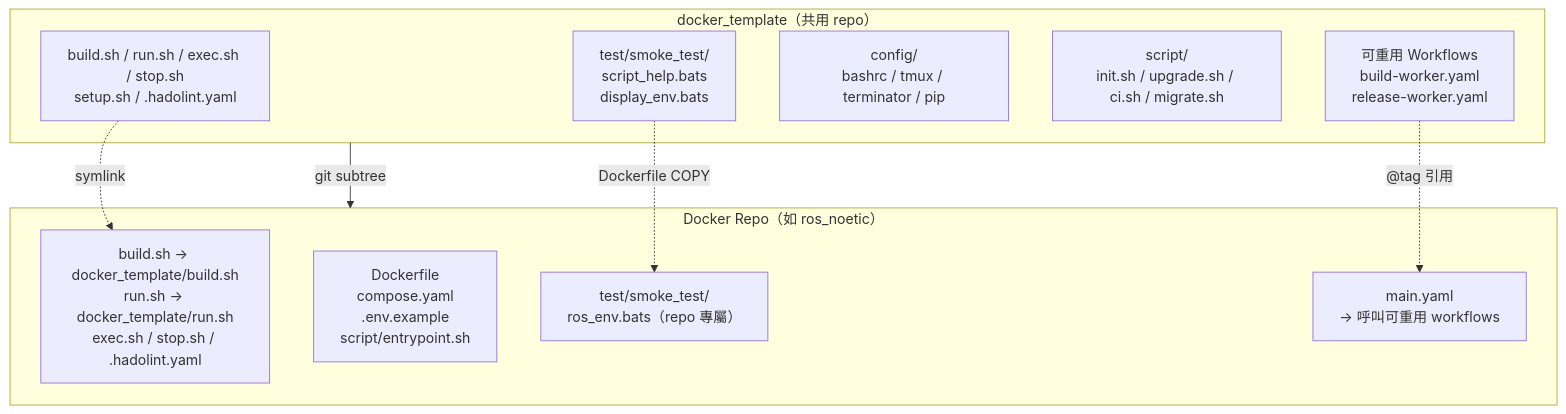
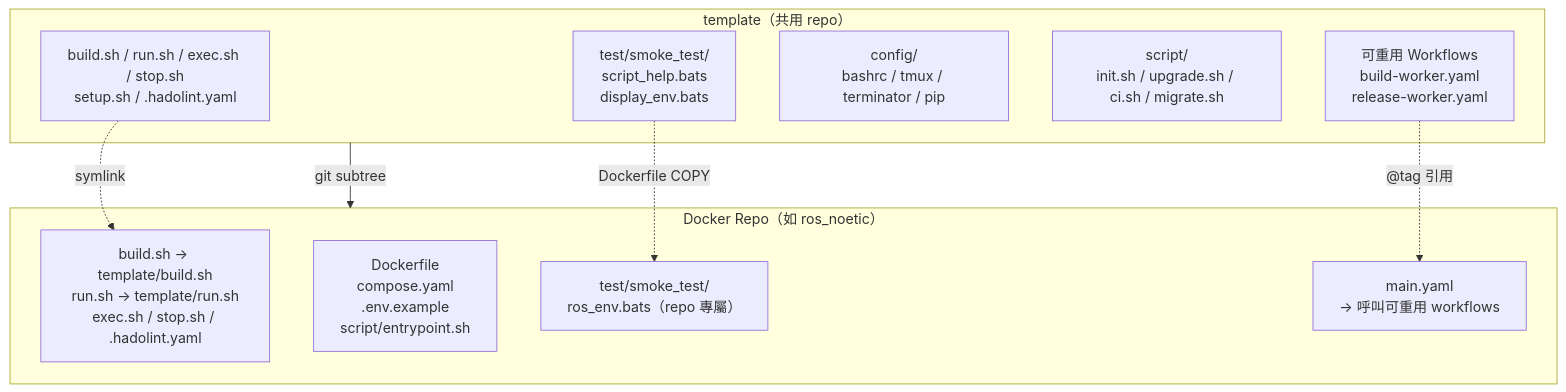
Before and after one commit to ycpss91255-docker/base: the first of 2 diagrams in doc/readme/README.zh-TW.md, drawn with Mermaid. The commit also changed other lines of this file and 24 other files, not shown here.

First line of the commit message:
feat!: rename docker_template → template

````diff
--- a/doc/readme/README.zh-TW.md
+++ b/doc/readme/README.zh-TW.md
@@ -39,22 +39,22 @@
 ```mermaid
 graph TB
-    subgraph docker_template["docker_template（共用 repo）"]
+    subgraph template["template（共用 repo）"]
         scripts["build.sh / run.sh / exec.sh / stop.sh<br/>setup.sh / .hadolint.yaml"]
         smoke["test/smoke_test/<br/>script_help.bats<br/>display_env.bats"]
         config["config/<br/>bashrc / tmux / terminator / pip"]
         mgmt["script/<br/>init.sh / upgrade.sh / ci.sh / migrate.sh"]
         workflows["可重用 Workflows<br/>build-worker.yaml<br/>release-worker.yaml"]
     end
 
     subgraph consumer["Docker Repo（如 ros_noetic）"]
-        symlinks["build.sh → docker_template/build.sh<br/>run.sh → docker_template/run.sh<br/>exec.sh / stop.sh / .hadolint.yaml"]
+        symlinks["build.sh → template/build.sh<br/>run.sh → template/run.sh<br/>exec.sh / stop.sh / .hadolint.yaml"]
         dockerfile["Dockerfile<br/>compose.yaml<br/>.env.example<br/>script/entrypoint.sh"]
         repo_test["test/smoke_test/<br/>ros_env.bats（repo 專屬）"]
         main_yaml["main.yaml<br/>→ 呼叫可重用 workflows"]
     end
 
-    docker_template -- "git subtree" --> consumer
+    template -- "git subtree" --> consumer
     scripts -. "symlink" .-> symlinks
     smoke -. "Dockerfile COPY" .-> repo_test
     workflows -. "@tag 引用" .-> main_yaml
 ```
````
